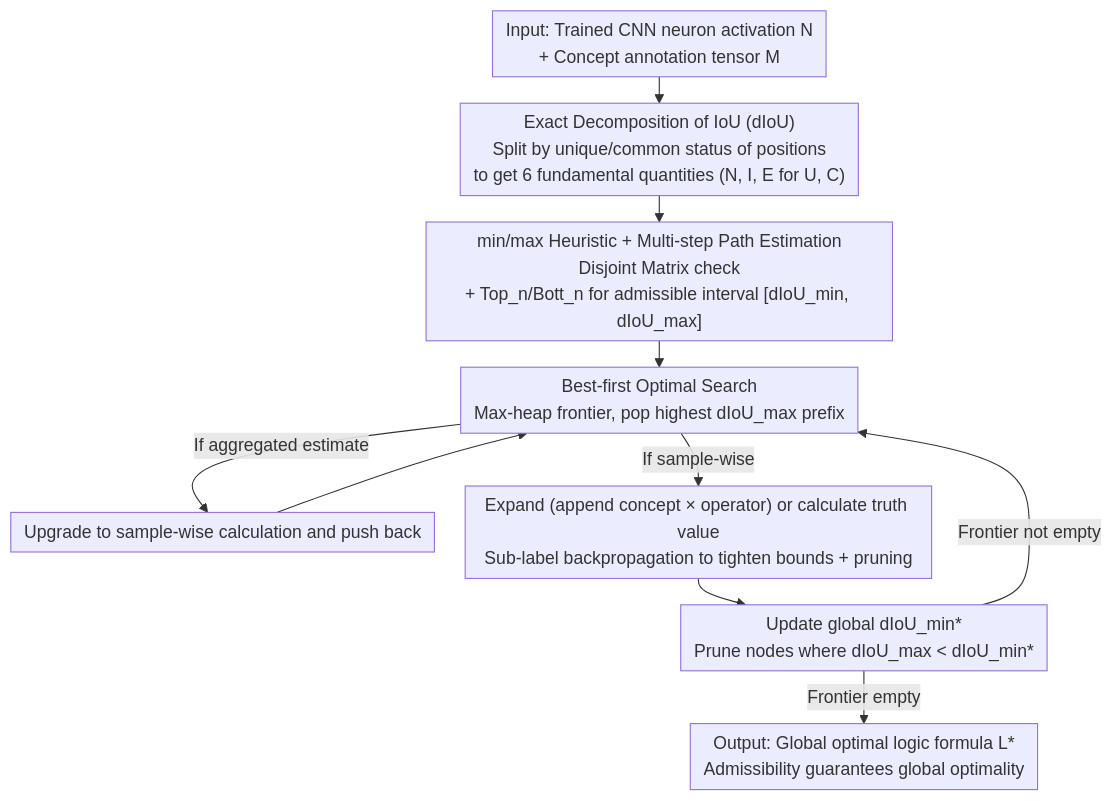
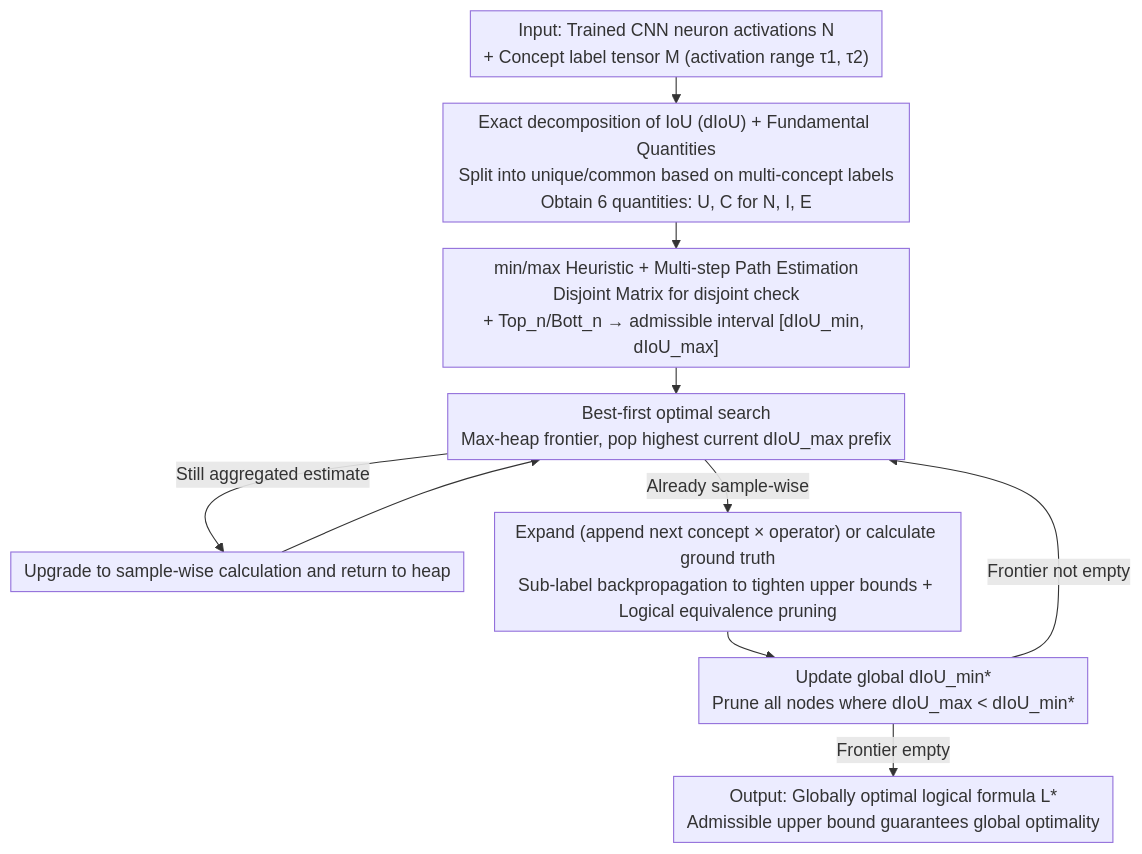
Before and after one commit to zhaoyang97/Paper-Notes-en: the diagram in docs/ICML2026/others/guaranteed_optimal_compositional_explanations_for_neurons.md, drawn with Mermaid. The commit also changed other lines of this file and 5084 other files, not shown here.

````diff
--- a/docs/ICML2026/others/guaranteed_optimal_compositional_explanations_for_neurons.md
+++ b/docs/ICML2026/others/guaranteed_optimal_compositional_explanations_for_neurons.md
@@ -42,13 +42,13 @@
 ```mermaid
 %%{init: {'flowchart': {'rankSpacing': 24, 'nodeSpacing': 28, 'padding': 6, 'wrappingWidth': 400}}}%%
 flowchart TD
-    A["Input: Trained CNN neuron activation N<br/>+ Concept annotation tensor M"] --> B["Exact Decomposition of IoU (dIoU)<br/>Split by unique/common status of positions<br/>to get 6 fundamental quantities (N, I, E for U, C)"]
-    B --> C["min/max Heuristic + Multi-step Path Estimation<br/>Disjoint Matrix check<br/>+ Top_n/Bott_n for admissible interval [dIoU_min, dIoU_max]"]
-    C --> D["Best-first Optimal Search<br/>Max-heap frontier, pop highest dIoU_max prefix"]
-    D -->|"If aggregated estimate"| E["Upgrade to sample-wise calculation and push back"]
+    A["Input: Trained CNN neuron activations N<br/>+ Concept label tensor M (activation range τ1, τ2)"] --> B["Exact decomposition of IoU (dIoU) + Fundamental Quantities<br/>Split into unique/common based on multi-concept labels<br/>Obtain 6 quantities: U, C for N, I, E"]
+    B --> C["min/max Heuristic + Multi-step Path Estimation<br/>Disjoint Matrix for disjoint check<br/>+ Top_n/Bott_n → admissible interval [dIoU_min, dIoU_max]"]
+    C --> D["Best-first optimal search<br/>Max-heap frontier, pop highest current dIoU_max prefix"]
+    D -->|"Still aggregated estimate"| E["Upgrade to sample-wise calculation and return to heap"]
     E --> D
-    D -->|"If sample-wise"| F["Expand (append concept × operator) or calculate truth value<br/>Sub-label backpropagation to tighten bounds + pruning"]
-    F --> G["Update global dIoU_min*<br/>Prune nodes where dIoU_max < dIoU_min*"]
+    D -->|"Already sample-wise"| F["Expand (append next concept × operator) or calculate ground truth<br/>Sub-label backpropagation to tighten upper bounds + Logical equivalence pruning"]
+    F --> G["Update global dIoU_min*<br/>Prune all nodes where dIoU_max < dIoU_min*"]
     G -->|"Frontier not empty"| D
-    G -->|"Frontier empty"| H["Output: Global optimal logic formula L*<br/>Admissibility guarantees global optimality"]
+    G -->|"Frontier empty"| H["Output: Globally optimal logical formula L*<br/>Admissible upper bound guarantees global optimality"]
 ```
````
